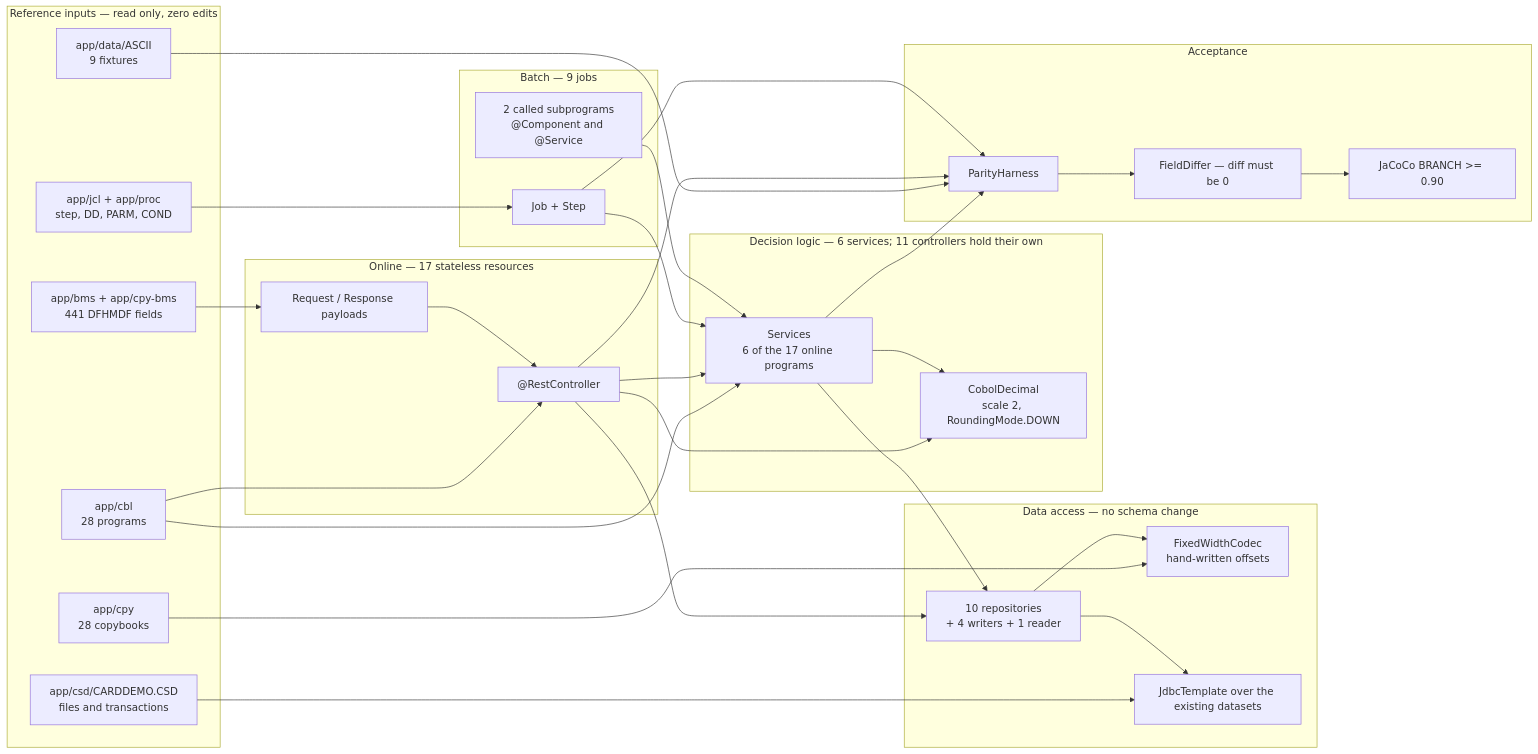
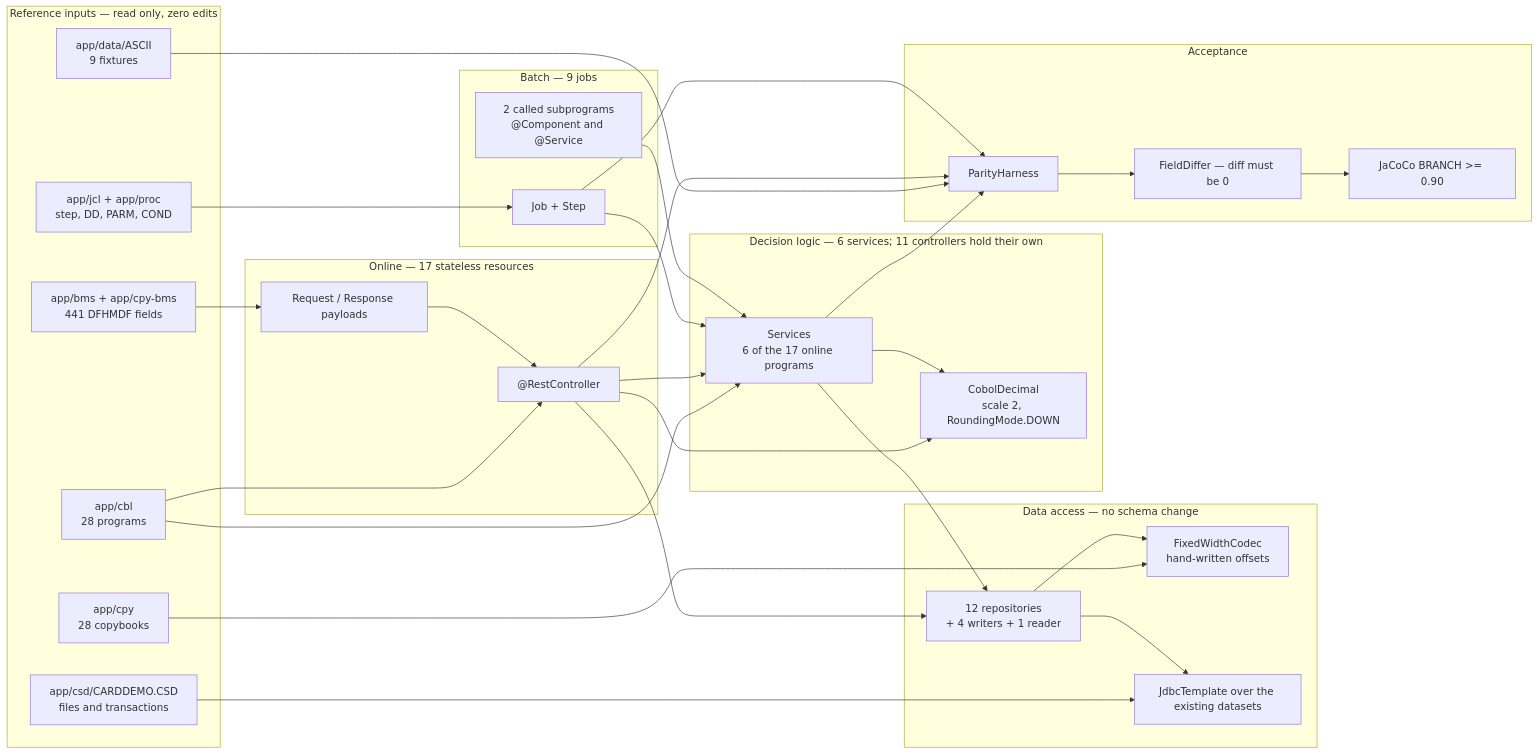
Before and after one commit to Blitzy-Sandbox/blitzy-card-demo: the second of 2 diagrams in docs/project-guide.md, drawn with Mermaid. The commit also changed other lines of this file and 424 other files, not shown here.

````diff
--- a/docs/project-guide.md
+++ b/docs/project-guide.md
@@ -506,55 +570,55 @@
 ```mermaid
 flowchart LR
     subgraph REF["Reference inputs — read only, zero edits"]
         CBL["app/cbl<br/>28 programs"]
         CPY["app/cpy<br/>28 copybooks"]
         BMS["app/bms + app/cpy-bms<br/>441 DFHMDF fields"]
         JCL["app/jcl + app/proc<br/>step, DD, PARM, COND"]
         CSD["app/csd/CARDDEMO.CSD<br/>files and transactions"]
         FIX["app/data/ASCII<br/>9 fixtures"]
     end
     subgraph ONLINE["Online — 17 stateless resources"]
         DTO["Request / Response payloads"]
         CTRL["@RestController"]
     end
     subgraph BATCH["Batch — 9 jobs"]
         JOB["Job + Step"]
         SUB["2 called subprograms<br/>@Component and @Service"]
     end
     subgraph SVC["Decision logic — 6 services; 11 controllers hold their own"]
         SERV["Services<br/>6 of the 17 online programs"]
         CD["CobolDecimal<br/>scale 2, RoundingMode.DOWN"]
     end
     subgraph DATA["Data access — no schema change"]
-        REPO["10 repositories<br/>+ 4 writers + 1 reader"]
+        REPO["12 repositories<br/>+ 4 writers + 1 reader"]
         CODEC["FixedWidthCodec<br/>hand-written offsets"]
         JDBC["JdbcTemplate over the existing datasets"]
     end
     subgraph GATE["Acceptance"]
         PH["ParityHarness"]
         FD["FieldDiffer — diff must be 0"]
         JC["JaCoCo BRANCH >= 0.90"]
     end
     BMS --> DTO
     CPY --> CODEC
     JCL --> JOB
     CSD --> JDBC
     CBL --> SERV
     CBL --> CTRL
     DTO --> CTRL
     CTRL --> SERV
     CTRL --> CD
     CTRL --> REPO
     JOB --> SERV
     SUB --> SERV
     SERV --> CD
     SERV --> REPO
     REPO --> CODEC
     REPO --> JDBC
     FIX --> PH
     SERV --> PH
     CTRL --> PH
     JOB --> PH
     PH --> FD
     FD --> JC
 ```
````
